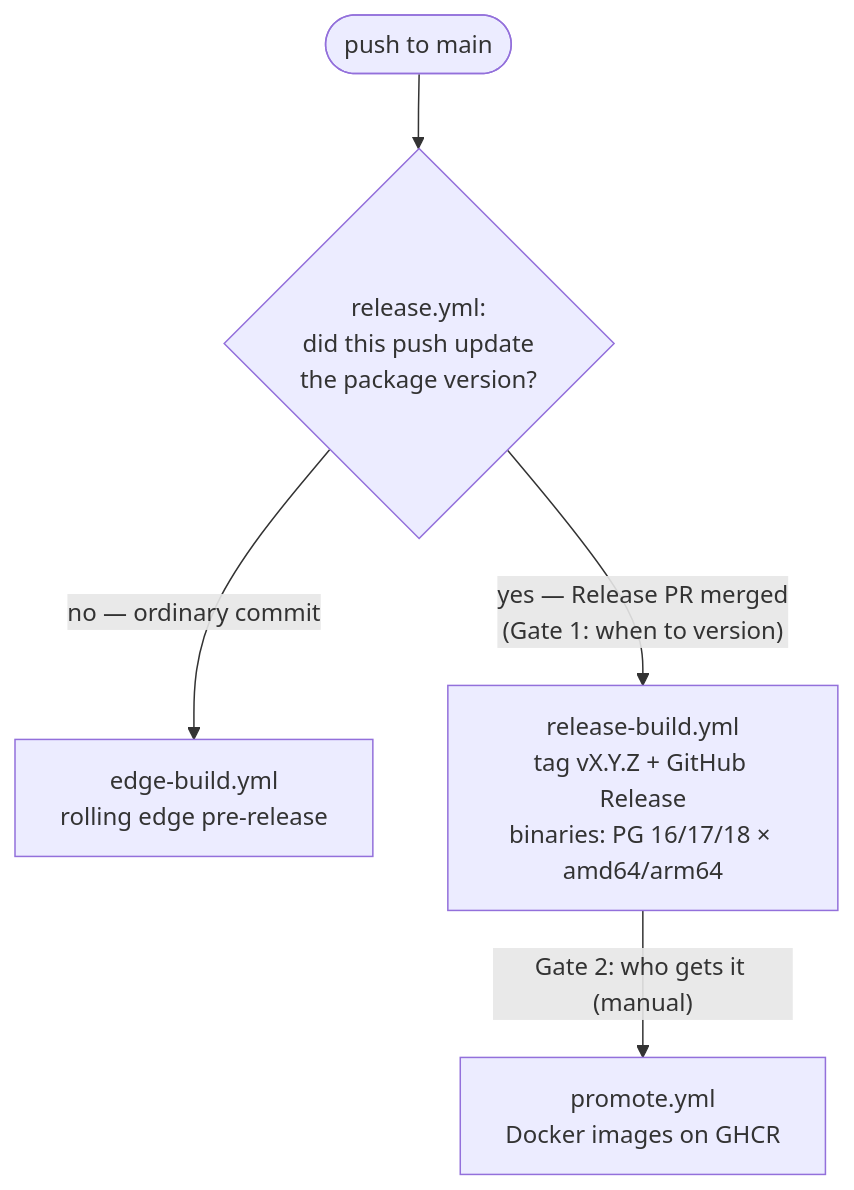
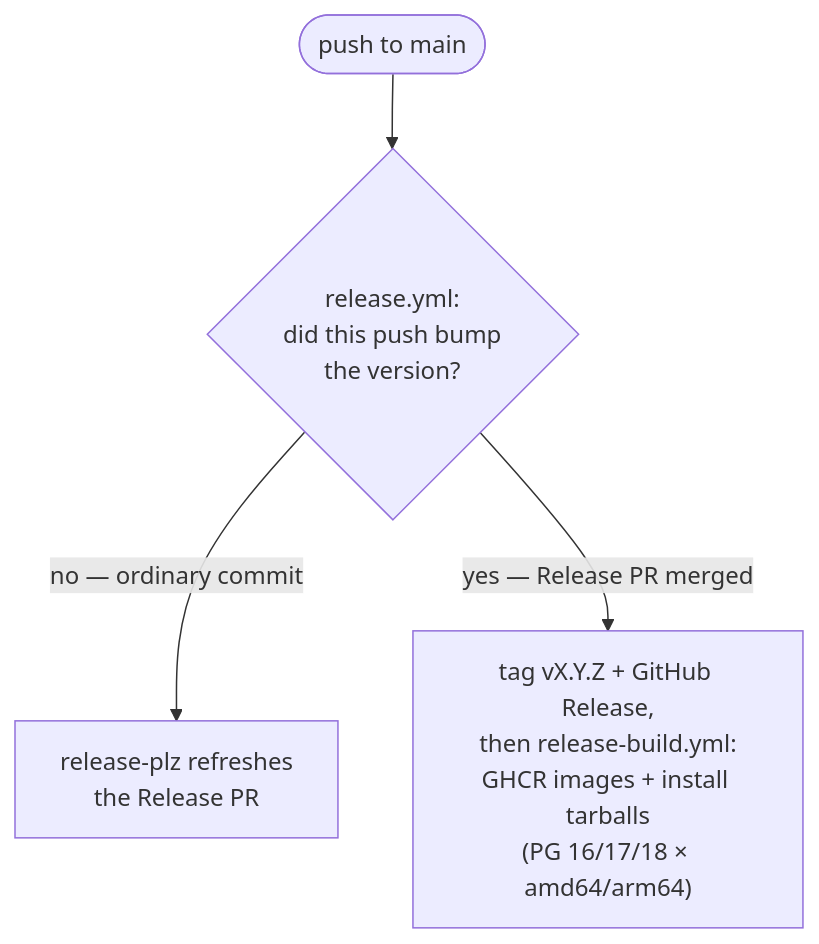
Before and after one commit to elemdiscovery/proxquery: the diagram in docs/RELEASING.md, drawn with Mermaid. The commit also changed other lines of this file and 11 other files, not shown here.

````diff
--- a/docs/RELEASING.md
+++ b/docs/RELEASING.md
@@ -5,7 +5,6 @@
 ```mermaid
 flowchart TD
-    push([push to main]) --> gate{"release.yml:<br/>did this push update<br/>the package version?"}
-    gate -- "no — ordinary commit" --> edge["edge-build.yml<br/>rolling edge pre-release"]
-    gate -- "yes — Release PR merged<br/>(Gate 1: when to version)" --> rb["release-build.yml<br/>tag vX.Y.Z + GitHub Release<br/>binaries: PG 16/17/18 × amd64/arm64"]
-    rb -- "Gate 2: who gets it (manual)" --> ghcr["promote.yml<br/>Docker images on GHCR"]
+    push([push to main]) --> gate{"release.yml:<br/>did this push bump<br/>the version?"}
+    gate -- "no — ordinary commit" --> pr["release-plz refreshes<br/>the Release PR"]
+    gate -- "yes — Release PR merged" --> rel["tag vX.Y.Z + GitHub Release,<br/>then release-build.yml:<br/>GHCR images + install tarballs<br/>(PG 16/17/18 × amd64/arm64)"]
 ```
````
